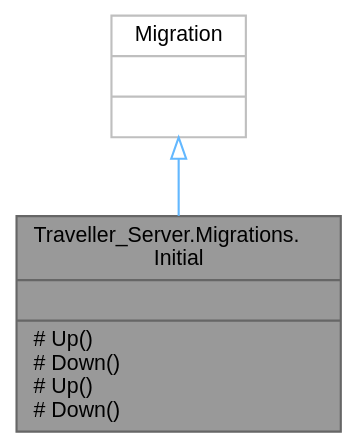
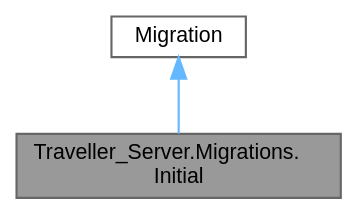
One commit to VenelinArgirov/manual-tecnico.github.io changed the diagram in Servidor/class_traveller___server_1_1_migrations_1_1_initial__inherit__graph.dot. Above: the diagram before and after it, drawn with Graphviz. The commit also changed 819 other files, not shown here.

```diff
--- a/Servidor/class_traveller___server_1_1_migrations_1_1_initial__inherit__graph.dot
+++ b/Servidor/class_traveller___server_1_1_migrations_1_1_initial__inherit__graph.dot
@@ -1,10 +1,10 @@
 digraph "Traveller_Server.Migrations.Initial"
 {
  // LATEX_PDF_SIZE
   bgcolor="transparent";
   edge [fontname=Helvetica,fontsize=10,labelfontname=Helvetica,labelfontsize=10];
   node [fontname=Helvetica,fontsize=10,shape=box,height=0.2,width=0.4];
-  Node1 [shape=record,label="{Traveller_Server.Migrations.\lInitial\n||# Up()\l# Down()\l# Up()\l# Down()\l}",height=0.2,width=0.4,color="gray40", fillcolor="grey60", style="filled", fontcolor="black",tooltip=" "];
-  Node2 -> Node1 [dir="back",color="steelblue1",style="solid",arrowtail="onormal"];
-  Node2 [shape=record,label="{Migration\n||}",height=0.2,width=0.4,color="grey75", fillcolor="white", style="filled",tooltip=" "];
+  Node1 [label="Traveller_Server.Migrations.\lInitial",height=0.2,width=0.4,color="gray40", fillcolor="grey60", style="filled", fontcolor="black",tooltip=" "];
+  Node2 -> Node1 [dir="back",color="steelblue1",style="solid"];
+  Node2 [label="Migration",height=0.2,width=0.4,color="gray40", fillcolor="white", style="filled",tooltip=" "];
 }
```
